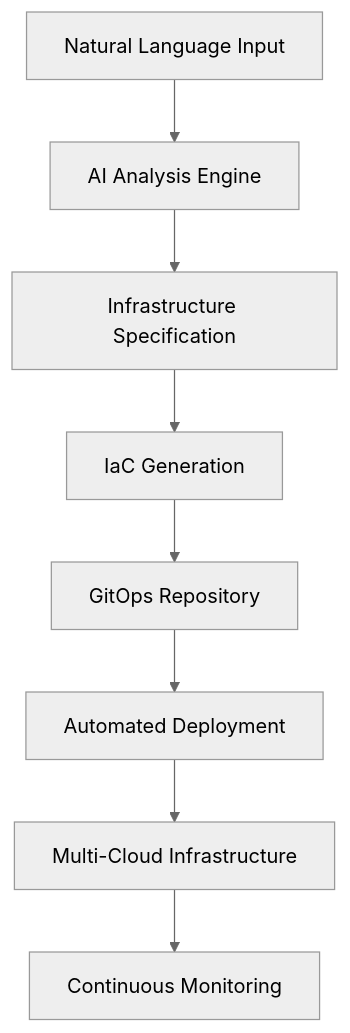
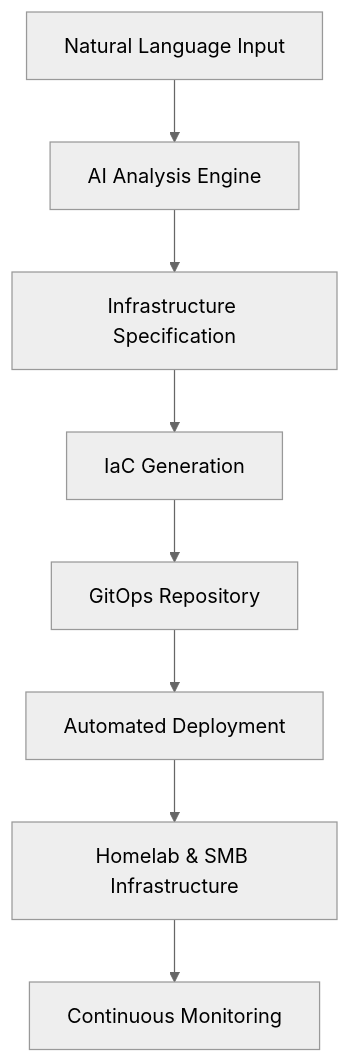
Before and after one commit to edwardhallam/luma-engine: the diagram in README.md, drawn with Mermaid (neutral theme). The commit also changed other lines of this file and 1 other file, not shown here.

First line of the commit message:
docs: Refocus LumaEngine for homelab and SMB infrastructure automation

````diff
--- a/README.md
+++ b/README.md
@@ -54,10 +61,10 @@
 ```mermaid
 graph TB
     A[Natural Language Input] --> B[AI Analysis Engine]
     B --> C[Infrastructure Specification]
     C --> D[IaC Generation]
     D --> E[GitOps Repository]
     E --> F[Automated Deployment]
-    F --> G[Multi-Cloud Infrastructure]
+    F --> G[Homelab & SMB Infrastructure]
     G --> H[Continuous Monitoring]
 ```
````
